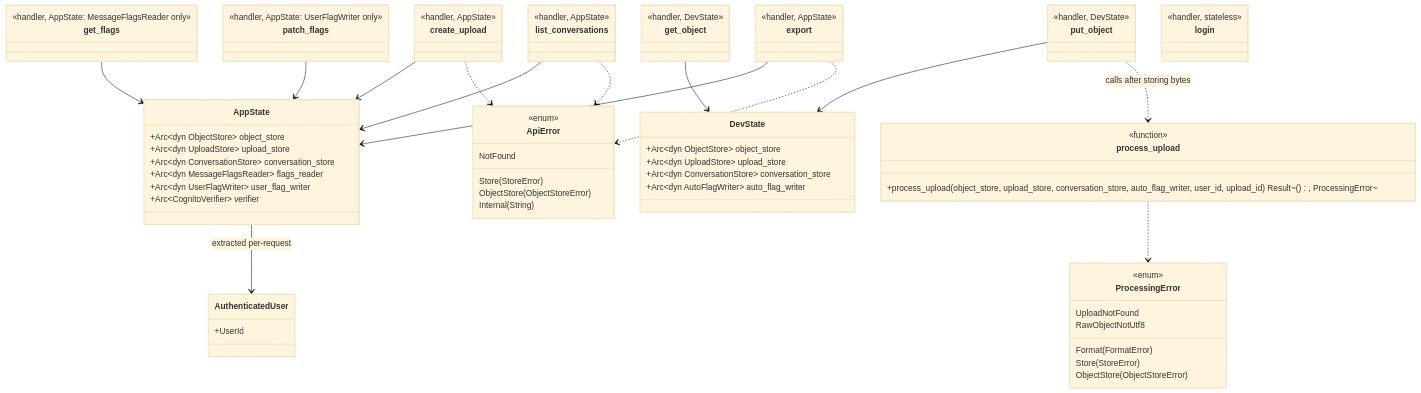
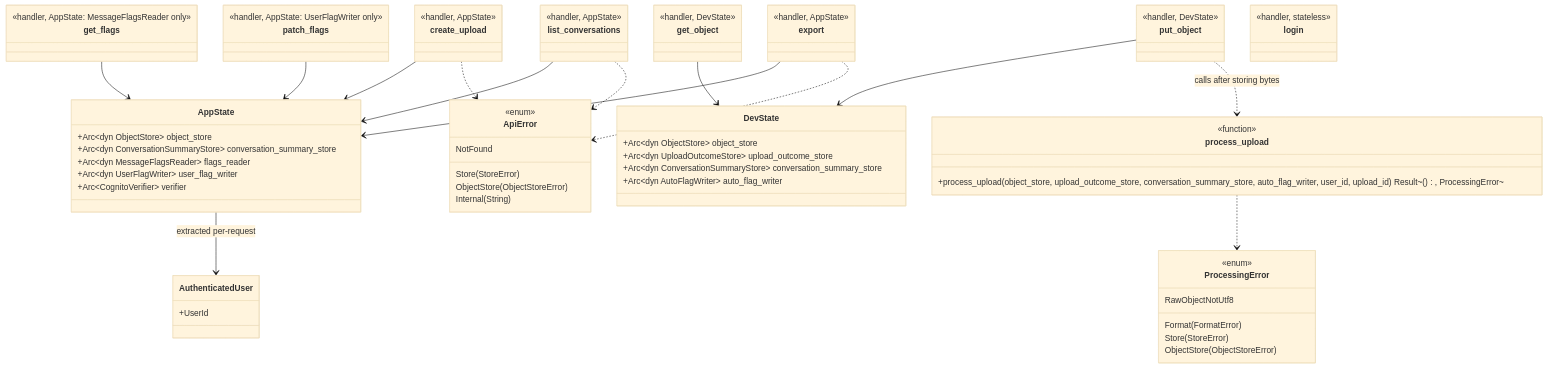
One commit to Telotrope/conversation-timeline changed the diagram in backend/timeline-api/README.md. Above: the diagram before and after it, drawn with Mermaid (base theme). The commit also changed 2 other files, not shown here.

Commit message:
Update crate READMEs for the UploadOutcomeStore/ConversationSummaryStore rename
Documentation follow-up to the C11-C13 port redesign: table rows, prose,
and mermaid class diagrams in timeline-core/README.md,
timeline-storage/README.md, and timeline-api/README.md referenced the old
UploadStore/UploadRecord/UploadStatus and ConversationStore names and
shapes.

````diff
--- a/backend/timeline-api/README.md
+++ b/backend/timeline-api/README.md
@@ -71,77 +71,75 @@
 ```mermaid
 classDiagram
     class AppState {
         +Arc~dyn ObjectStore~ object_store
-        +Arc~dyn UploadStore~ upload_store
-        +Arc~dyn ConversationStore~ conversation_store
+        +Arc~dyn ConversationSummaryStore~ conversation_summary_store
         +Arc~dyn MessageFlagsReader~ flags_reader
         +Arc~dyn UserFlagWriter~ user_flag_writer
         +Arc~CognitoVerifier~ verifier
     }
     class DevState {
         +Arc~dyn ObjectStore~ object_store
-        +Arc~dyn UploadStore~ upload_store
-        +Arc~dyn ConversationStore~ conversation_store
+        +Arc~dyn UploadOutcomeStore~ upload_outcome_store
+        +Arc~dyn ConversationSummaryStore~ conversation_summary_store
         +Arc~dyn AutoFlagWriter~ auto_flag_writer
     }
     class AuthenticatedUser {
         +UserId
     }
     class ApiError {
         <<enum>>
         NotFound
         Store(StoreError)
         ObjectStore(ObjectStoreError)
         Internal(String)
     }
     class ProcessingError {
         <<enum>>
-        UploadNotFound
         RawObjectNotUtf8
         Format(FormatError)
         Store(StoreError)
         ObjectStore(ObjectStoreError)
     }
     class process_upload {
         <<function>>
-        +process_upload(object_store, upload_store, conversation_store, auto_flag_writer, user_id, upload_id) Result~(), ProcessingError~
+        +process_upload(object_store, upload_outcome_store, conversation_summary_store, auto_flag_writer, user_id, upload_id) Result~(), ProcessingError~
     }
     class create_upload {
         <<handler, AppState>>
     }
     class list_conversations {
         <<handler, AppState>>
     }
     class get_flags {
         <<handler, AppState: MessageFlagsReader only>>
     }
     class patch_flags {
         <<handler, AppState: UserFlagWriter only>>
     }
     class export {
         <<handler, AppState>>
     }
     class put_object {
         <<handler, DevState>>
     }
     class get_object {
         <<handler, DevState>>
     }
     class login {
         <<handler, stateless>>
     }
 
     AppState --> AuthenticatedUser : extracted per-request
     create_upload --> AppState
     list_conversations --> AppState
     get_flags --> AppState
     patch_flags --> AppState
     export --> AppState
     put_object --> DevState
     get_object --> DevState
     put_object ..> process_upload : calls after storing bytes
     process_upload ..> ProcessingError
     create_upload ..> ApiError
     list_conversations ..> ApiError
     export ..> ApiError
 ```
````
